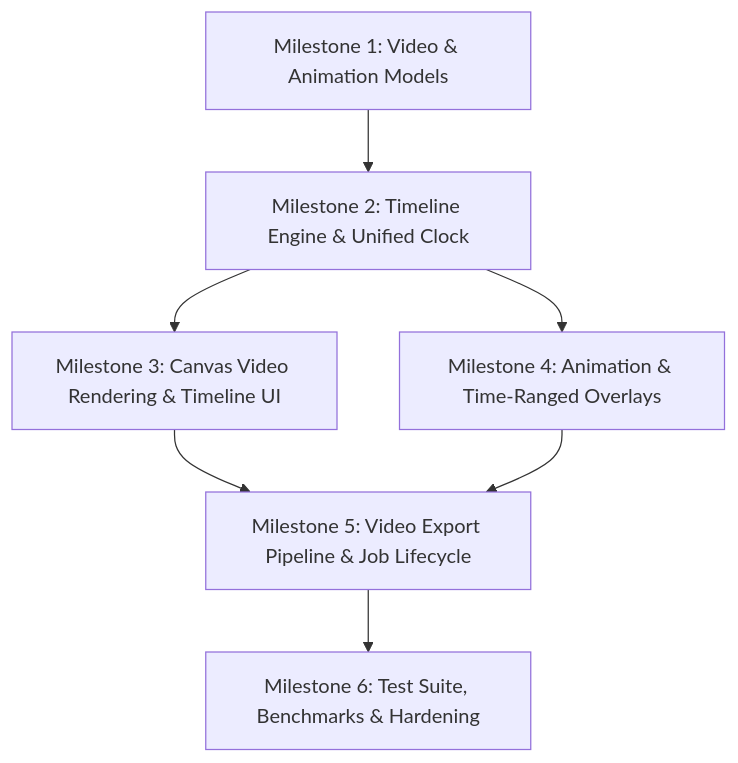
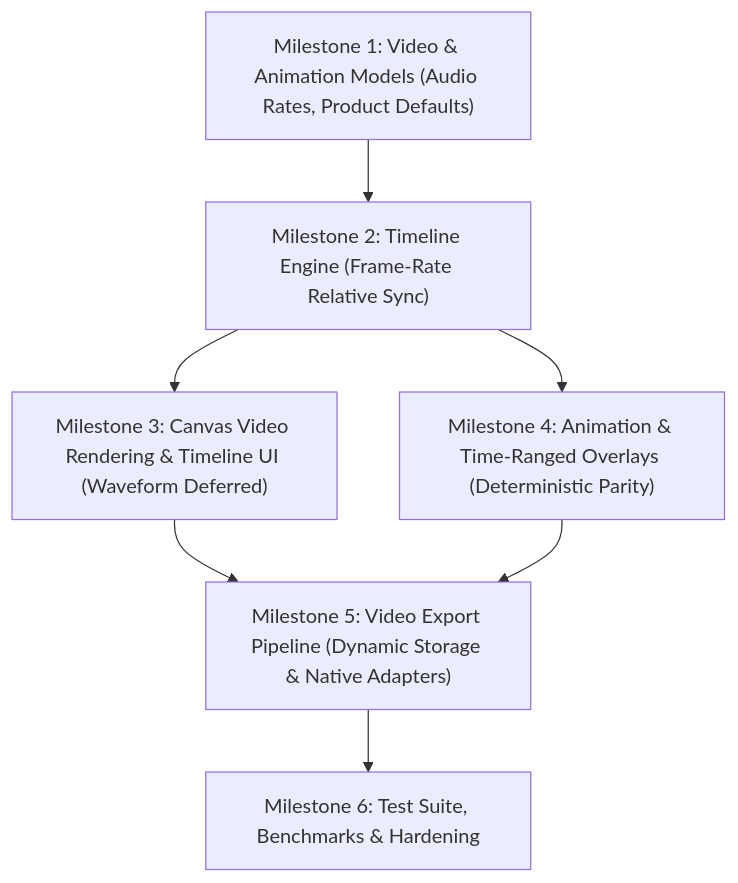
Before and after one commit to atharvakapse831/focusgram_story_kit: the diagram in docs/PHASE_5_EXECUTION_PLAN.md, drawn with Mermaid. The commit also changed other lines of this file and 3 other files, not shown here.

Commit message:
docs(phase-5): refine Phase 5 architecture, dependencies, sync tolerance, and export prototype

````diff
--- a/docs/PHASE_5_EXECUTION_PLAN.md
+++ b/docs/PHASE_5_EXECUTION_PLAN.md
@@ -43,9 +49,9 @@
 ```mermaid
 flowchart TD
-    M1["Milestone 1: Video & Animation Models"] --> M2["Milestone 2: Timeline Engine & Unified Clock"]
-    M2 --> M3["Milestone 3: Canvas Video Rendering & Timeline UI"]
-    M2 --> M4["Milestone 4: Animation & Time-Ranged Overlays"]
-    M3 --> M5["Milestone 5: Video Export Pipeline & Job Lifecycle"]
+    M1["Milestone 1: Video & Animation Models (Audio Rates, Product Defaults)"] --> M2["Milestone 2: Timeline Engine (Frame-Rate Relative Sync)"]
+    M2 --> M3["Milestone 3: Canvas Video Rendering & Timeline UI (Waveform Deferred)"]
+    M2 --> M4["Milestone 4: Animation & Time-Ranged Overlays (Deterministic Parity)"]
+    M3 --> M5["Milestone 5: Video Export Pipeline (Dynamic Storage & Native Adapters)"]
     M4 --> M5
     M5 --> M6["Milestone 6: Test Suite, Benchmarks & Hardening"]
 ```
````
